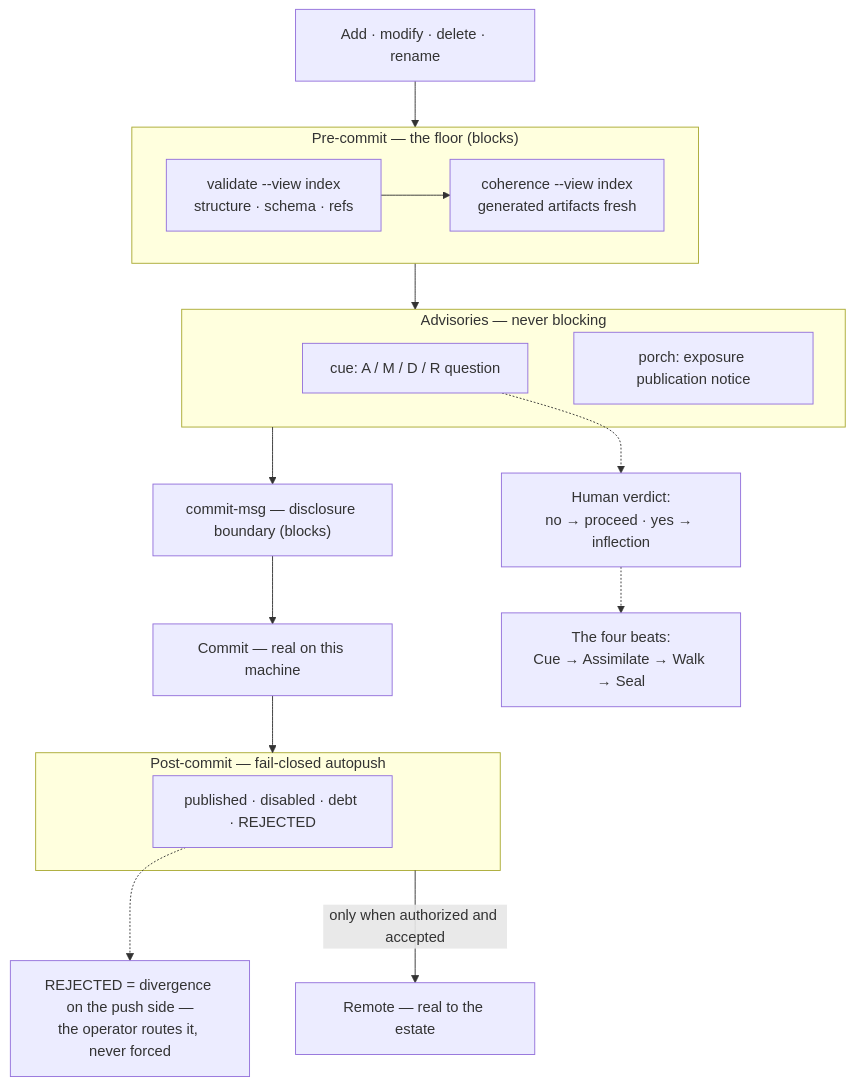
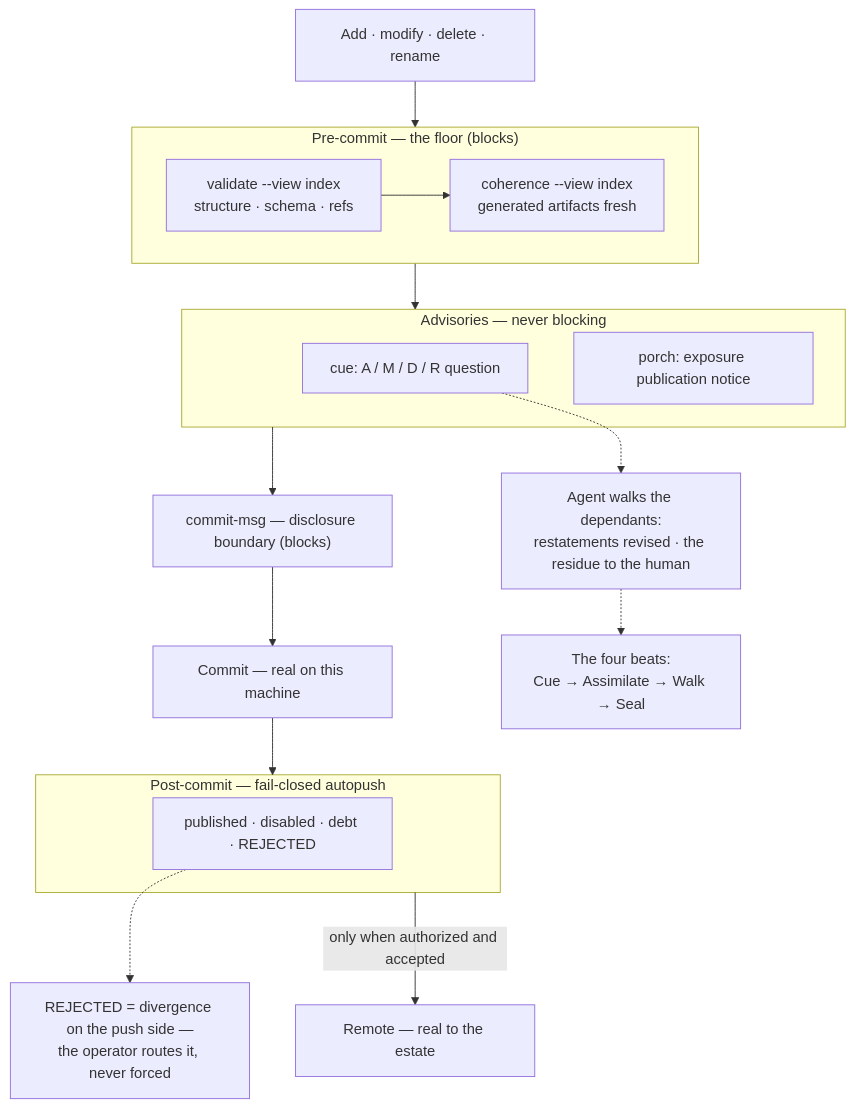
The first of 4 diagrams in docs/estate-mechanics.md (JanoshMoshiri/MarkdownLLM), drawn with Mermaid before and after one commit. The commit also changed other lines of this file and 32 other files, not shown here.

````diff
--- a/docs/estate-mechanics.md
+++ b/docs/estate-mechanics.md
@@ -57,39 +61,39 @@
 ```mermaid
 flowchart TD
     accTitle: The life of one commit inside a single domain
     accDescr {
         A left-to-right sequence with two rails. Writing or modifying a thing
         enters the pre-commit floor, which blocks on validation for structure,
         schema and references, then coherence for generated artifacts, all over
         the frozen index candidate. Next come two
         advisories that never block: the cue question asking whether the change
         matches the A/M/D/R change class, and the porch notice that an exposed
         thing would publish. The commit-message disclosure gate then blocks on
         boundary terms. The commit lands; post-commit autopush transports it only
         under literal true policy, with published, disabled, debt or REJECTED
         outcomes. Branching off the mechanical rail, the cue
         advisory and, where the harness projects it, the commit gate feed the
         agent's walk of the dependants — Cue, Assimilate, Walk, Seal — with the
         human ruling only on what the walk cannot settle. A REJECTED push
         is divergence on the push side, routed by the operator and never forced.
     }
     W["Add · modify · delete · rename"]
     subgraph FLOOR["Pre-commit — the floor (blocks)"]
         V["validate --view index<br/>structure · schema · refs"] --> C["coherence --view index<br/>generated artifacts fresh"]
     end
     subgraph ADV["Advisories — never blocking"]
         Q["cue: A / M / D / R question"]
         P["porch: exposure publication notice"]
     end
     B["commit-msg — disclosure boundary (blocks)"]
     K["Commit — real on this machine"]
     subgraph AP["Post-commit — fail-closed autopush"]
         O["published · disabled · debt · REJECTED"]
     end
     R["Remote — real to the estate"]
     W --> FLOOR --> ADV --> B --> K --> AP
     AP -->|"only when authorized and accepted"| R
-    Q -.-> H["Human verdict:<br/>no → proceed · yes → inflection"]
+    Q -.-> H["Agent walks the dependants:<br/>restatements revised · the residue to the human"]
     H -.-> FB["The four beats:<br/>Cue → Assimilate → Walk → Seal"]
     O -.-> RT["REJECTED = divergence on the push side —<br/>the operator routes it, never forced"]
 ```
````
